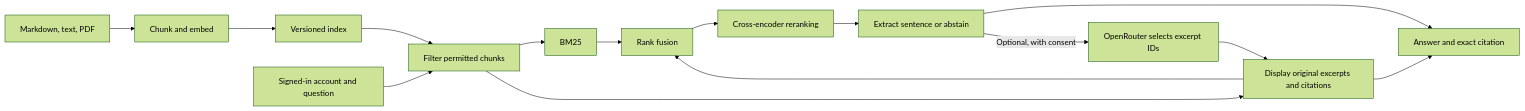
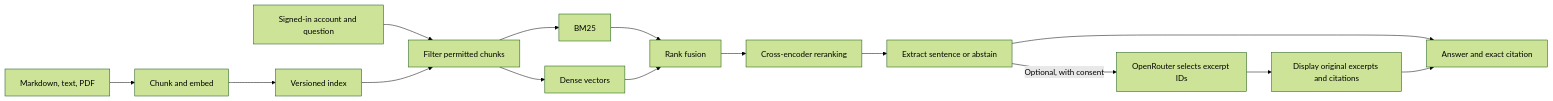
Before and after one commit to saidarshan20/GroundedDocs: the diagram in README.md, drawn with Mermaid (forest theme). The commit also changed other lines of this file and 2 other files, not shown here.

Commit message:
Add end-to-end project walkthrough

````diff
--- a/README.md
+++ b/README.md
@@ -46,17 +46,17 @@
 ```mermaid
 flowchart LR
     D[Markdown, text, PDF] --> I[Chunk and embed]
     I --> X[Versioned index]
     U[Signed-in account and question] --> A[Filter permitted chunks]
     X --> A
     A --> K[BM25]
     A --> V[Dense vectors]
     K --> F[Rank fusion]
     V --> F
     F --> R[Cross-encoder reranking]
     R --> E[Extract sentence or abstain]
     E --> C[Answer and exact citation]
     E -->|Optional, with consent| O[OpenRouter selects excerpt IDs]
-    O --> V[Display original excerpts and citations]
-    V --> C
+    O --> VO[Display original excerpts and citations]
+    VO --> C
 ```
````
